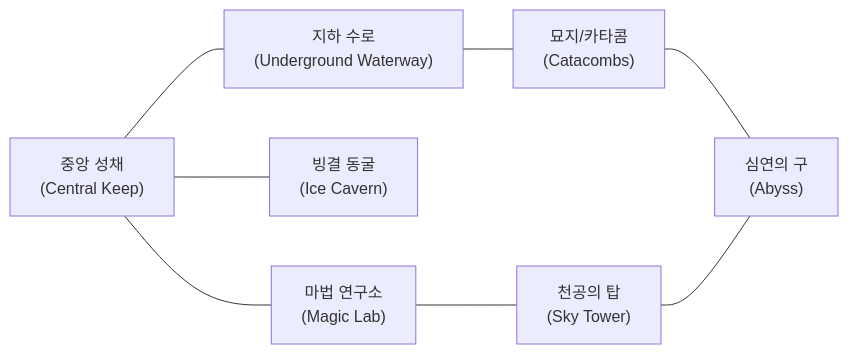
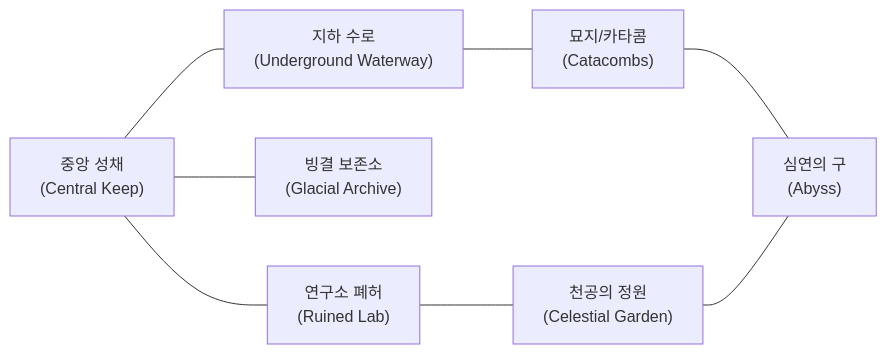
The second of 2 diagrams in Documents/System/System_World_ProcGen.md (Biskraft/ProjectAbyss), drawn with Mermaid before and after one commit. The commit also changed other lines of this file and 20 other files, not shown here.

````diff
--- a/Documents/System/System_World_ProcGen.md
+++ b/Documents/System/System_World_ProcGen.md
@@ -85,10 +85,10 @@
 ```mermaid
 graph LR
-    CK["중앙 성채\n(Central Keep)"] --- ML["마법 연구소\n(Magic Lab)"]
-    CK --- IC["빙결 동굴\n(Ice Cavern)"]
+    CK["중앙 성채\n(Central Keep)"] --- ML["연구소 폐허\n(Ruined Lab)"]
+    CK --- IC["빙결 보존소\n(Glacial Archive)"]
     CK --- UW["지하 수로\n(Underground Waterway)"]
     UW --- CT["묘지/카타콤\n(Catacombs)"]
-    ML --- ST["천공의 탑\n(Sky Tower)"]
+    ML --- ST["천공의 정원\n(Celestial Garden)"]
     CT --- AB["심연의 구\n(Abyss)"]
     ST --- AB
 ```
````
